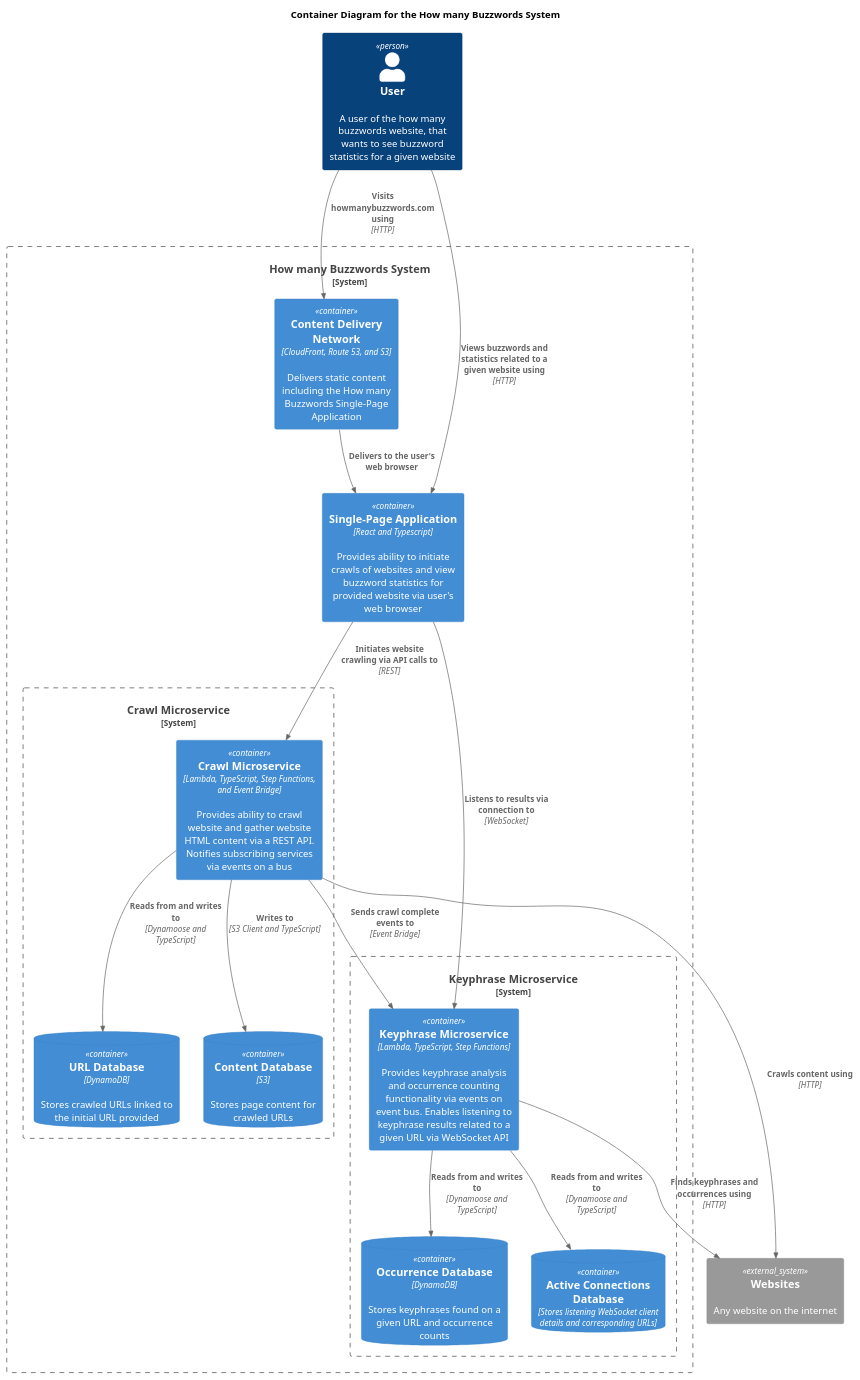
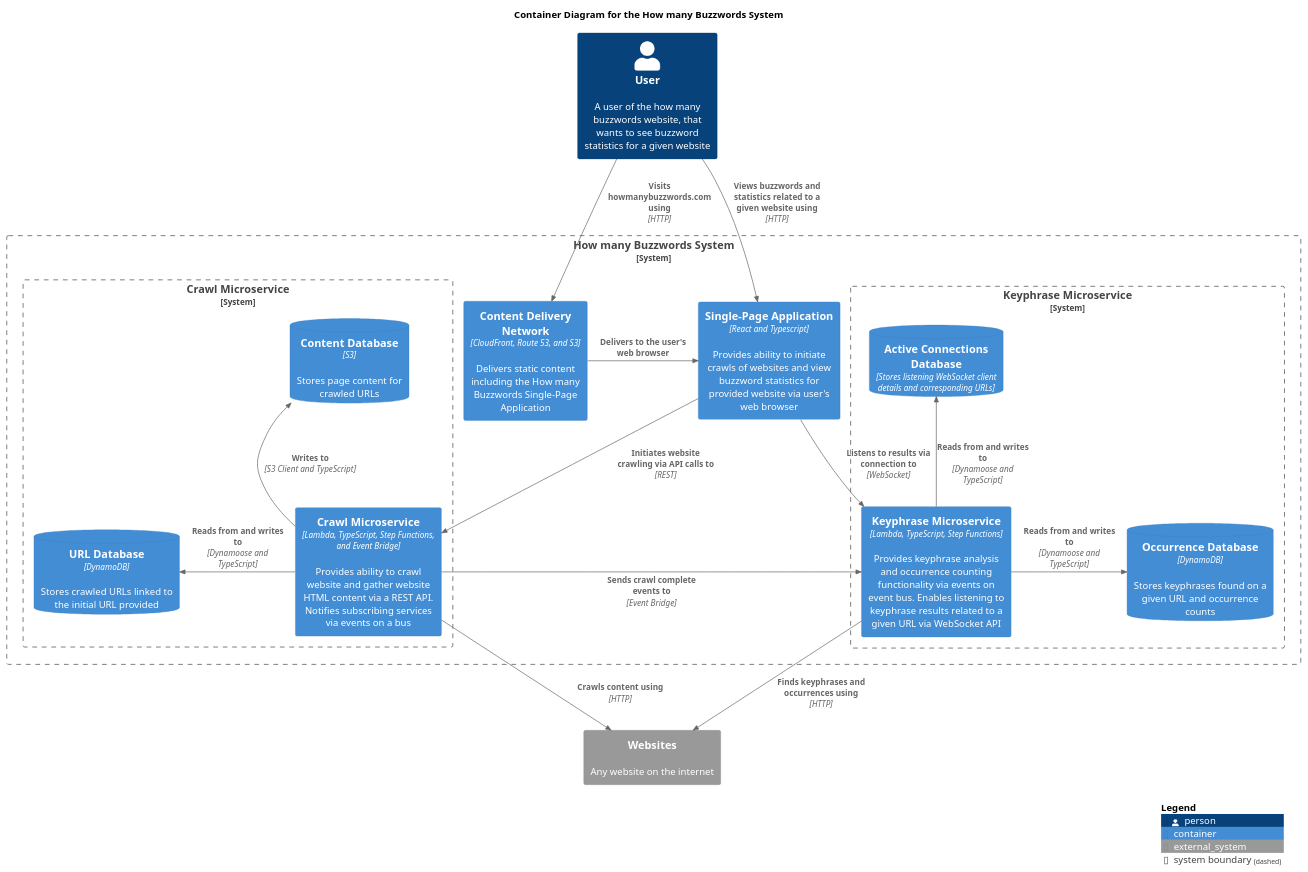
Before and after one commit to ashley-evans/how-many-buzzwords: the diagram in docs/c4-diagrams/buzzword-c4-container.puml, drawn with PlantUML. The commit also changed 1 other file, not shown here.

```diff
--- a/docs/c4-diagrams/buzzword-c4-container.puml
+++ b/docs/c4-diagrams/buzzword-c4-container.puml
@@ -1,44 +1,46 @@
 @startuml Buzzword C4 Container Diagram
 
 !include https://raw.githubusercontent.com/plantuml-stdlib/C4-PlantUML/master/C4_Container.puml
 
 title Container Diagram for the How many Buzzwords System
 
 Person(user, "User", "A user of the how many buzzwords website, that wants to see buzzword statistics for a given website")
 System_Boundary(buzzword_system, "How many Buzzwords System") {
     Container(content_delivery_network, "Content Delivery Network", "CloudFront, Route 53, and S3", $descr="Delivers static content including the How many Buzzwords Single-Page Application")
     Container(single_page_application, "Single-Page Application", "React and Typescript", $descr="Provides ability to initiate crawls of websites and view buzzword statistics for provided website via user's web browser")
 
     System_Boundary(crawl_microservice_boundary, "Crawl Microservice") {
         Container(crawl_microservice, "Crawl Microservice", "Lambda, TypeScript, Step Functions, and Event Bridge", $descr="Provides ability to crawl website and gather website HTML content via a REST API. Notifies subscribing services via events on a bus", "")
         ContainerDb(crawl_url_db, "URL Database", "DynamoDB", $descr="Stores crawled URLs linked to the initial URL provided")
         ContainerDb(crawl_content_db, "Content Database", "S3", $descr="Stores page content for crawled URLs")
     }
 
     System_Boundary(keyphrase_microservice_boundary, "Keyphrase Microservice") {
         Container(keyphrase_microservice, "Keyphrase Microservice", "Lambda, TypeScript, Step Functions", "Provides keyphrase analysis and occurrence counting functionality via events on event bus. Enables listening to keyphrase results related to a given URL via WebSocket API")
         ContainerDb(occurrence_db, "Occurrence Database", "DynamoDB", "Stores keyphrases found on a given URL and occurrence counts")
         ContainerDb(active_connections_db, "Active Connections Database", "Stores listening WebSocket client details and corresponding URLs")
     }
 }
 
 System_Ext(websites, "Websites", "Any website on the internet")
 
 Rel(user, content_delivery_network, "Visits howmanybuzzwords.com using", "HTTP")
 Rel(user, single_page_application, "Views buzzwords and statistics related to a given website using", "HTTP")
 
-Rel(content_delivery_network, single_page_application, "Delivers to the user's web browser")
+Rel_R(content_delivery_network, single_page_application, "Delivers to the user's web browser")
 
 Rel(single_page_application, crawl_microservice, "Initiates website crawling via API calls to", "REST")
 Rel(single_page_application, keyphrase_microservice, "Listens to results via connection to", "WebSocket")
 
-Rel(crawl_microservice, crawl_url_db, "Reads from and writes to", "Dynamoose and TypeScript")
-Rel(crawl_microservice, crawl_content_db, "Writes to", "S3 Client and TypeScript")
-Rel(crawl_microservice, keyphrase_microservice, "Sends crawl complete events to", "Event Bridge")
+Rel_L(crawl_microservice, crawl_url_db, "Reads from and writes to", "Dynamoose and TypeScript")
+Rel_U(crawl_microservice, crawl_content_db, "Writes to", "S3 Client and TypeScript")
+Rel_R(crawl_microservice, keyphrase_microservice, "Sends crawl complete events to", "Event Bridge")
 Rel(crawl_microservice, websites, "Crawls content using", "HTTP")
 
-Rel(keyphrase_microservice, occurrence_db, "Reads from and writes to", "Dynamoose and TypeScript")
-Rel(keyphrase_microservice, active_connections_db, "Reads from and writes to", "Dynamoose and TypeScript")
+Rel_R(keyphrase_microservice, occurrence_db, "Reads from and writes to", "Dynamoose and TypeScript")
+Rel_U(keyphrase_microservice, active_connections_db, "Reads from and writes to", "Dynamoose and TypeScript")
 Rel(keyphrase_microservice, websites, "Finds keyphrases and occurrences using", "HTTP")
 
+SHOW_LEGEND()
+
 @enduml
```
